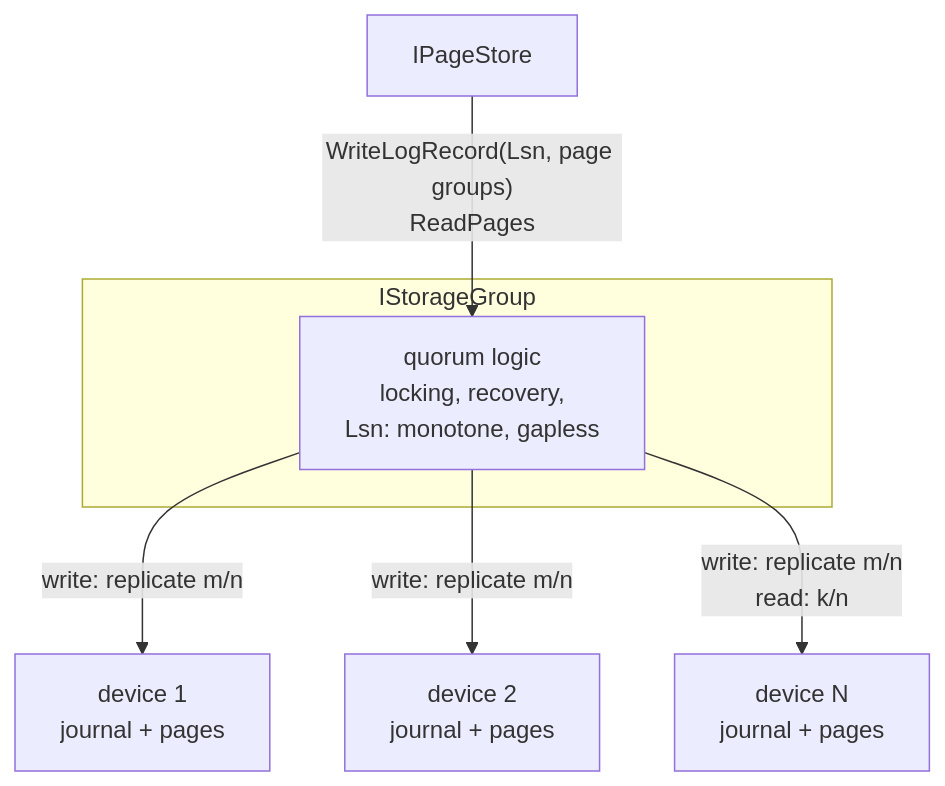
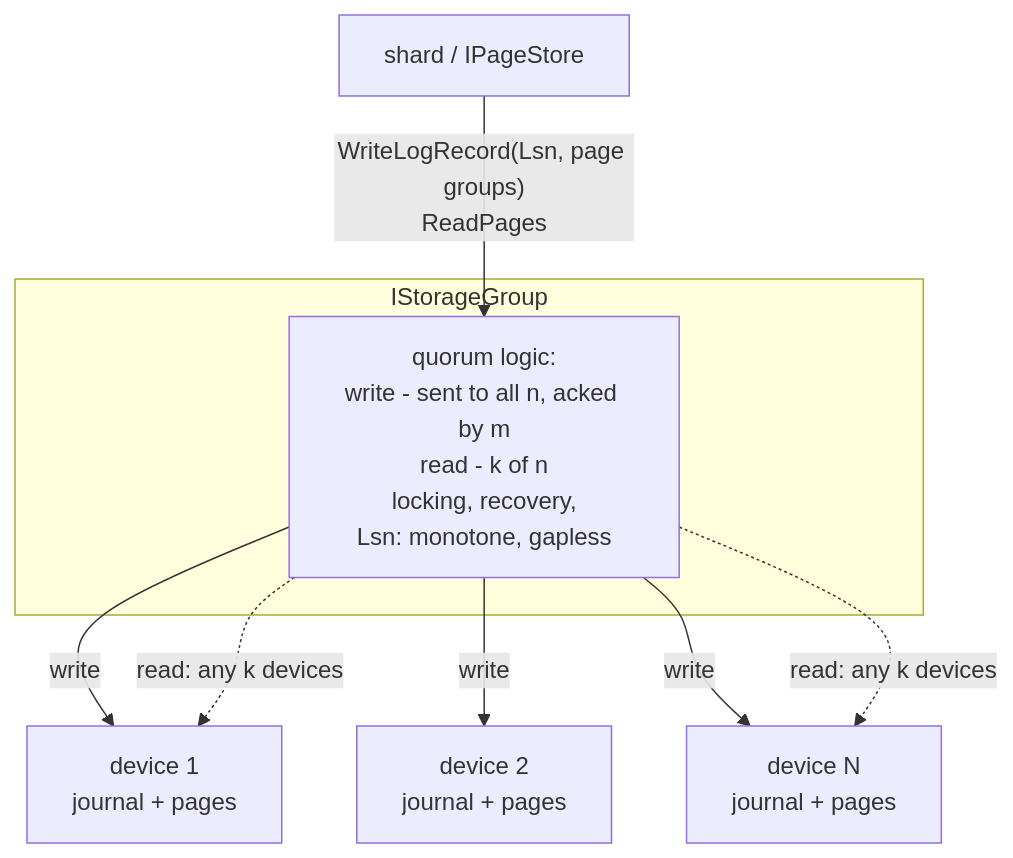
One commit to ydb-platform/nbs changed the diagram in doc/filestore/design/storage/fastshard/storage-group.md. Above: the diagram before and after it, drawn with Mermaid. The commit also changed 5 other files, not shown here.

````diff
--- a/doc/filestore/design/storage/fastshard/storage-group.md
+++ b/doc/filestore/design/storage/fastshard/storage-group.md
@@ -47,14 +47,16 @@
 ```mermaid
 flowchart TD
-    PS["IPageStore"]
+    SHARD["shard / IPageStore"]
 
     subgraph group["IStorageGroup"]
-        SG["quorum logic<br/>locking, recovery,<br/>Lsn: monotone, gapless"]
+        SG["quorum logic:<br/>write - sent to all n, acked by m<br/>read - k of n<br/>locking, recovery,<br/>Lsn: monotone, gapless"]
     end
 
-    PS -->|"WriteLogRecord(Lsn, page groups)<br/>ReadPages"| SG
+    SHARD -->|"WriteLogRecord(Lsn, page groups)<br/>ReadPages"| SG
 
-    SG -->|"write: replicate m/n"| D1["device 1<br/>journal + pages"]
-    SG -->|"write: replicate m/n"| D2["device 2<br/>journal + pages"]
-    SG -->|"write: replicate m/n<br/>read: k/n"| D3["device N<br/>journal + pages"]
+    SG -->|"write"| D1["device 1<br/>journal + pages"]
+    SG -->|"write"| D2["device 2<br/>journal + pages"]
+    SG -->|"write"| D3["device N<br/>journal + pages"]
+    SG -.->|"read: any k devices"| D1
+    SG -.->|"read: any k devices"| D3
 ```
````
